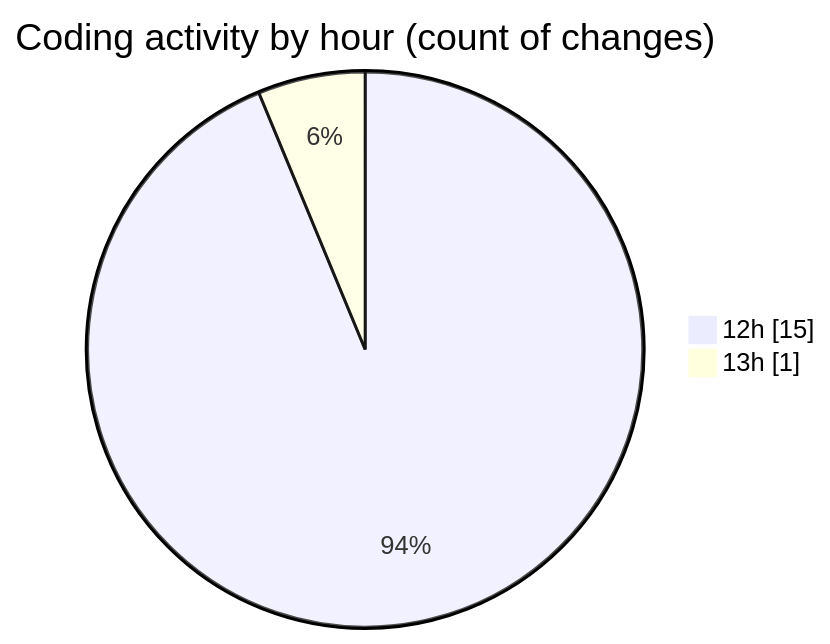
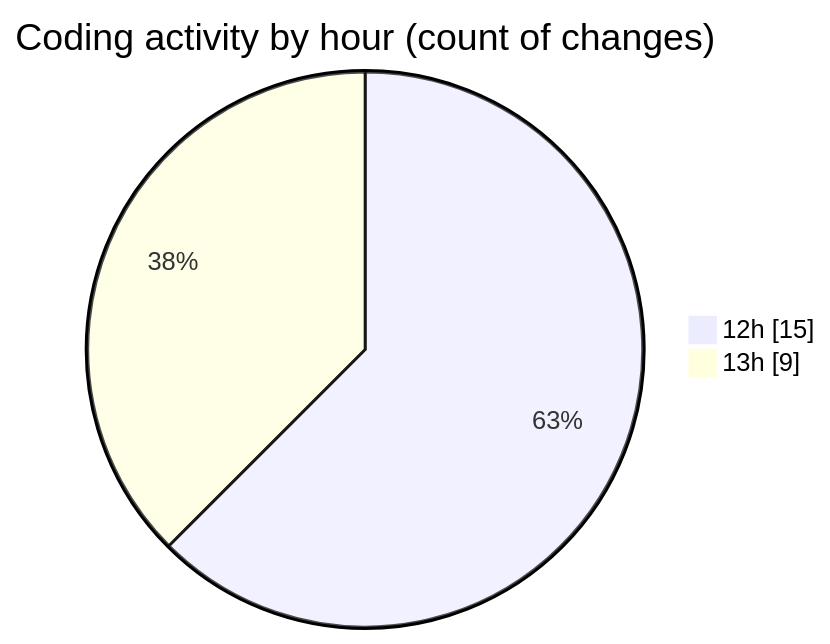
The second of 2 diagrams in 2025-05-21/ecodeli-1/README.md (CELIANVF/code-tracking), drawn with Mermaid before and after one commit. The commit also changed other lines of this file and 1 other file, not shown here.

````diff
--- a/2025-05-21/ecodeli-1/README.md
+++ b/2025-05-21/ecodeli-1/README.md
@@ -37,6 +43,6 @@
 ```mermaid
 pie showData
 title Coding activity by hour (count of changes)
 "12h" : 15
-"13h" : 1
+"13h" : 9
 ```
````
